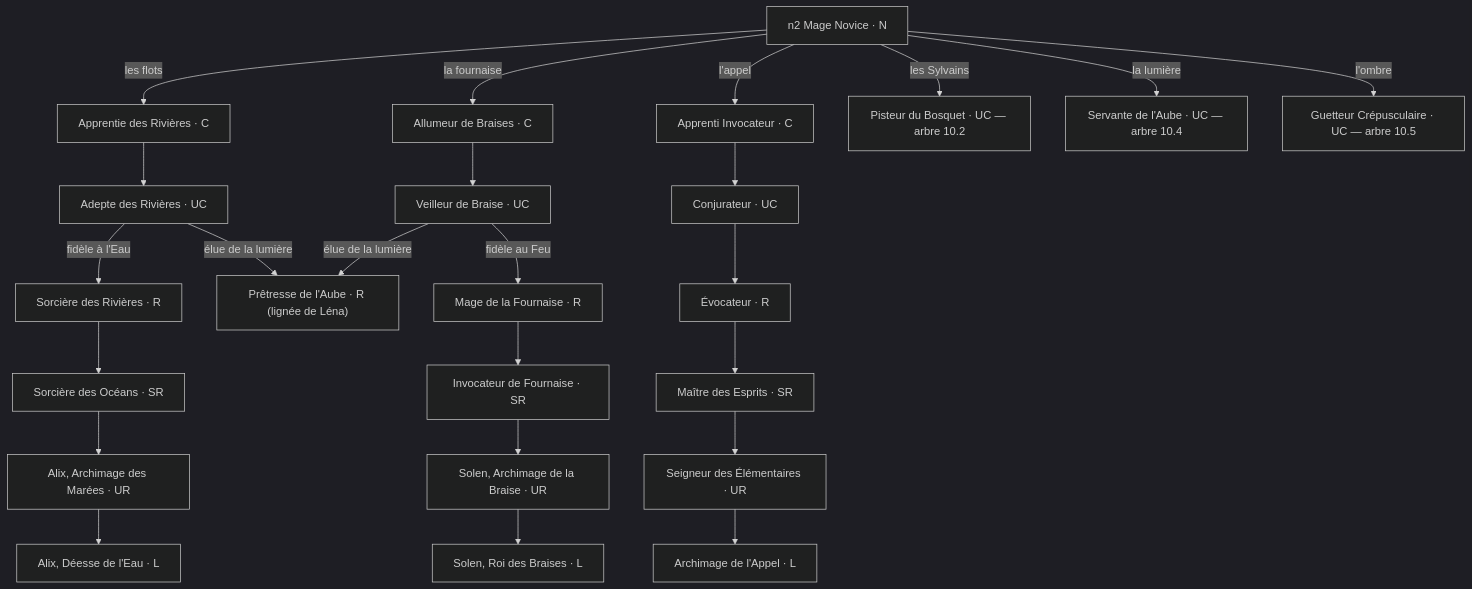
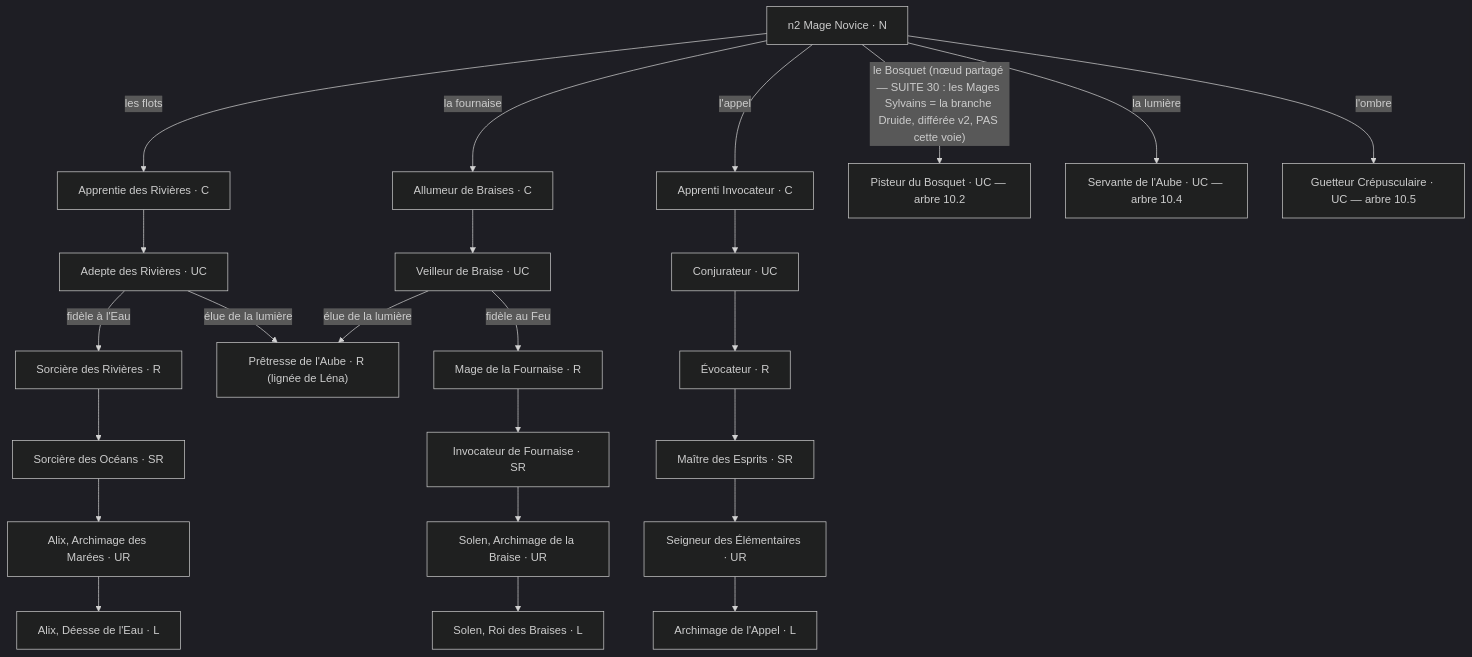
One commit to mobize191/aicg-lignees changed the third of 15 diagrams in docs/design/design-arbres-v18.md. Above: the diagram before and after it, drawn with Mermaid (dark theme). The commit also changed other lines of this file and 5 other files, not shown here.

````diff
--- a/docs/design/design-arbres-v18.md
+++ b/docs/design/design-arbres-v18.md
@@ -317,26 +331,26 @@
 ```mermaid
 flowchart TD
   N2["n2 Mage Novice · N"] -->|"les flots"| A5["Apprentie des Rivières · C"]
   N2 -->|"la fournaise"| A19["Allumeur de Braises · C"]
   N2 -->|"l'appel"| V1["Apprenti Invocateur · C"]
-  N2 -->|"les Sylvains"| A33["Pisteur du Bosquet · UC — arbre 10.2"]
+  N2 -->|"le Bosquet (nœud partagé — SUITE 30 : les Mages Sylvains = la branche Druide, différée v2, PAS cette voie)"| A33["Pisteur du Bosquet · UC — arbre 10.2"]
   N2 -->|"la lumière"| S13["Servante de l'Aube · UC — arbre 10.4"]
   N2 -->|"l'ombre"| A31["Guetteur Crépusculaire · UC — arbre 10.5"]
   A5 --> A29["Adepte des Rivières · UC"]
   A19 --> A32["Veilleur de Braise · UC"]
   A29 -->|"fidèle à l'Eau"| A8["Sorcière des Rivières · R"]
   A29 -->|"élue de la lumière"| S5["Prêtresse de l'Aube · R (lignée de Léna)"]
   A32 -->|"fidèle au Feu"| A20["Mage de la Fournaise · R"]
   A32 -->|"élue de la lumière"| S5
   A8 --> A11["Sorcière des Océans · SR"]
   A11 --> A13["Alix, Archimage des Marées · UR"]
   A13 --> A14["Alix, Déesse de l'Eau · L"]
   A20 --> A21["Invocateur de Fournaise · SR"]
   A21 --> A22["Solen, Archimage de la Braise · UR"]
   A22 --> A23["Solen, Roi des Braises · L"]
   V1 --> V2["Conjurateur · UC"]
   V2 --> V3["Évocateur · R"]
   V3 --> V4["Maître des Esprits · SR"]
   V4 --> V5["Seigneur des Élémentaires · UR"]
   V5 --> V6["Archimage de l'Appel · L"]
 ```
````
